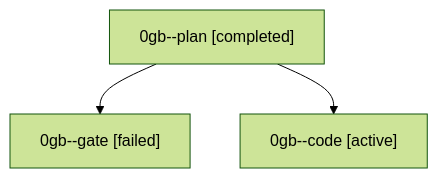
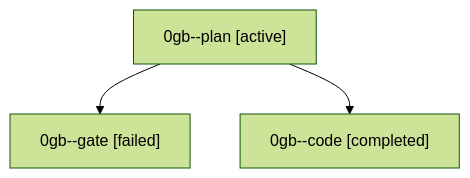
One commit to sase-org/sase--agents changed the diagram in families/bbugyi200.athena.0gb.md. Above: the diagram before and after it, drawn with Mermaid (forest theme). The commit also changed other lines of this file and 35830 other files, not shown here.

````diff
--- a/families/bbugyi200.athena.0gb.md
+++ b/families/bbugyi200.athena.0gb.md
@@ -9,8 +9,8 @@
 ```mermaid
 flowchart TD
-  n0["0gb--plan [completed]"]
+  n0["0gb--plan [active]"]
   n1["0gb--gate [failed]"]
   n0 --> n1
-  n2["0gb--code [active]"]
+  n2["0gb--code [completed]"]
   n0 --> n2
 ```
````
